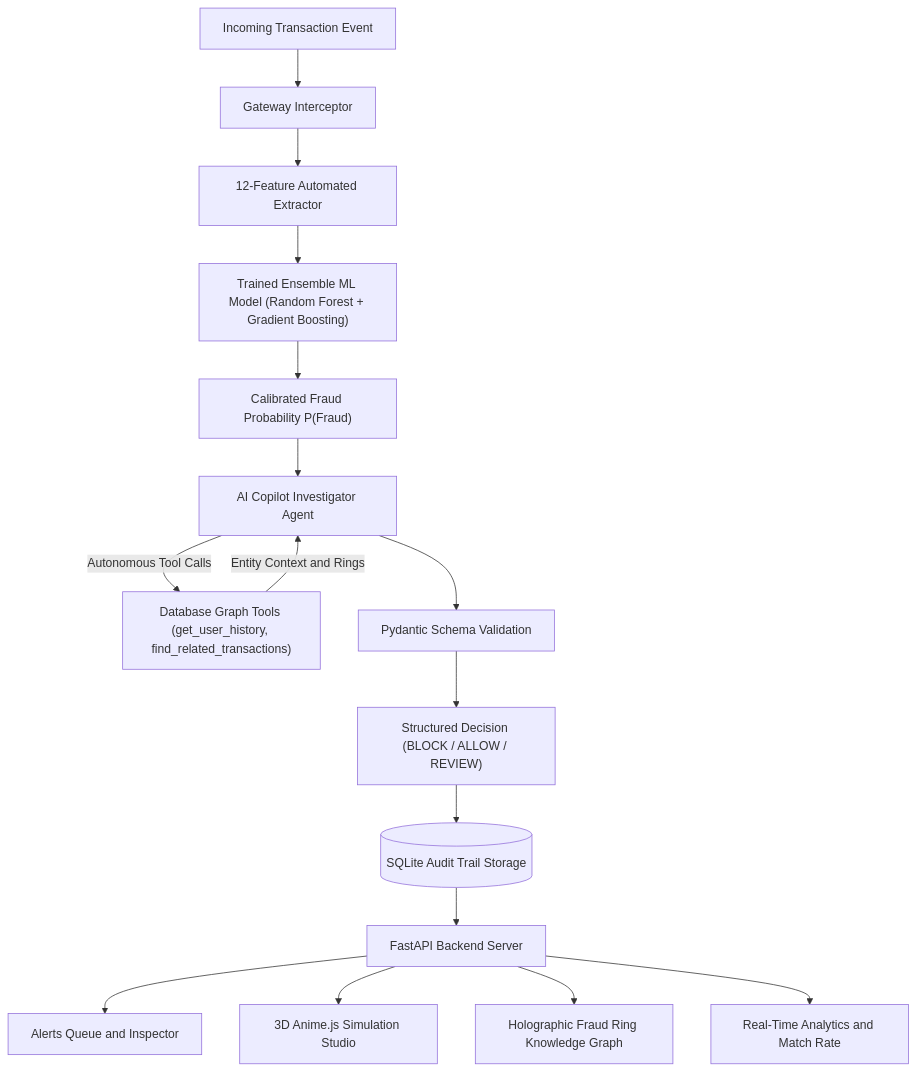
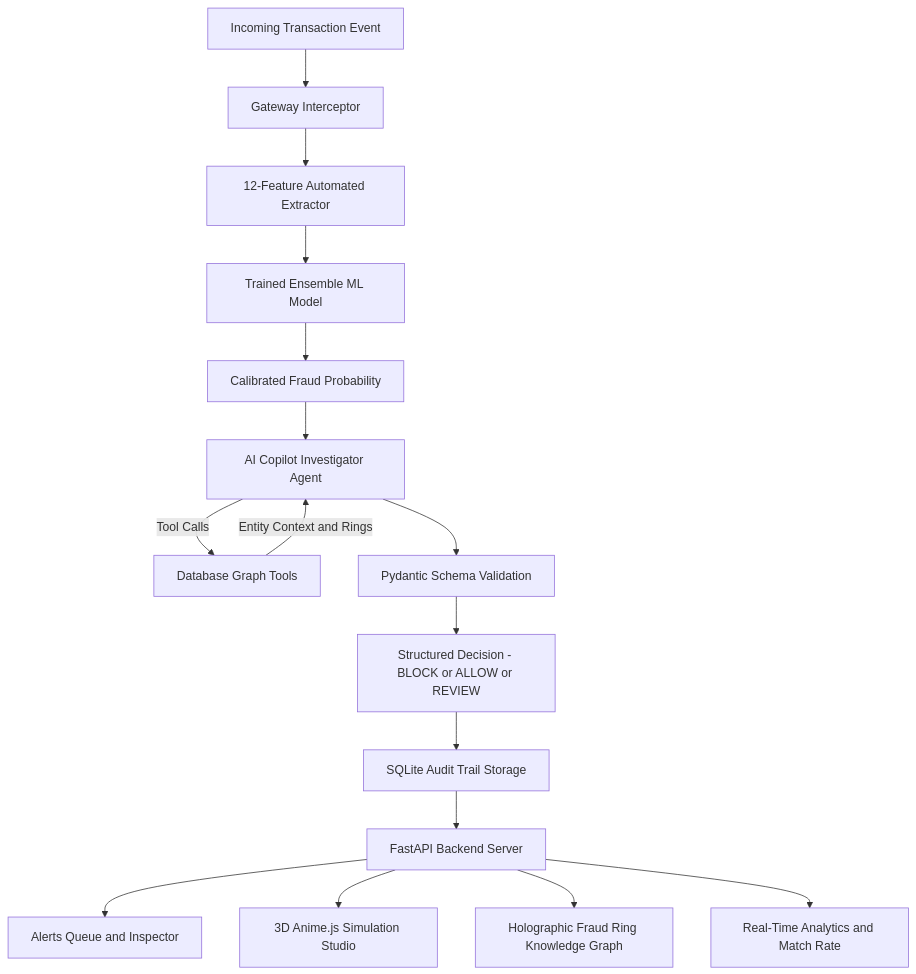
One commit to cbveladhesh-max/fraudpulse changed the diagram in README.md. Above: the diagram before and after it, drawn with Mermaid.

Commit message:
docs: strip nested parentheses from Mermaid for clean GitHub rendering

````diff
--- a/README.md
+++ b/README.md
@@ -26,20 +26,20 @@
 ```mermaid
 flowchart TD
-    TX["Incoming Transaction Event"] --> INGEST["Gateway Interceptor"]
-    INGEST --> FEAT["12-Feature Automated Extractor"]
-    FEAT --> ML["Trained Ensemble ML Model (Random Forest + Gradient Boosting)"]
-    ML --> PROB["Calibrated Fraud Probability P(Fraud)"]
+    TX[Incoming Transaction Event] --> INGEST[Gateway Interceptor]
+    INGEST --> FEAT[12-Feature Automated Extractor]
+    FEAT --> ML[Trained Ensemble ML Model]
+    ML --> PROB[Calibrated Fraud Probability]
     
-    PROB --> AGENT["AI Copilot Investigator Agent"]
-    AGENT -->|"Autonomous Tool Calls"| TOOLS["Database Graph Tools (get_user_history, find_related_transactions)"]
-    TOOLS -->|"Entity Context and Rings"| AGENT
-    AGENT --> SCHEMA["Pydantic Schema Validation"]
-    SCHEMA --> VERDICT["Structured Decision (BLOCK / ALLOW / REVIEW)"]
+    PROB --> AGENT[AI Copilot Investigator Agent]
+    AGENT -->|Tool Calls| TOOLS[Database Graph Tools]
+    TOOLS -->|Entity Context and Rings| AGENT
+    AGENT --> SCHEMA[Pydantic Schema Validation]
+    SCHEMA --> VERDICT[Structured Decision - BLOCK or ALLOW or REVIEW]
     
-    VERDICT --> DB[("SQLite Audit Trail Storage")]
-    DB --> API["FastAPI Backend Server"]
-    API --> UI1["Alerts Queue and Inspector"]
-    API --> UI2["3D Anime.js Simulation Studio"]
-    API --> UI3["Holographic Fraud Ring Knowledge Graph"]
-    API --> UI4["Real-Time Analytics and Match Rate"]
+    VERDICT --> DB[SQLite Audit Trail Storage]
+    DB --> API[FastAPI Backend Server]
+    API --> UI1[Alerts Queue and Inspector]
+    API --> UI2[3D Anime.js Simulation Studio]
+    API --> UI3[Holographic Fraud Ring Knowledge Graph]
+    API --> UI4[Real-Time Analytics and Match Rate]
 ```
````
